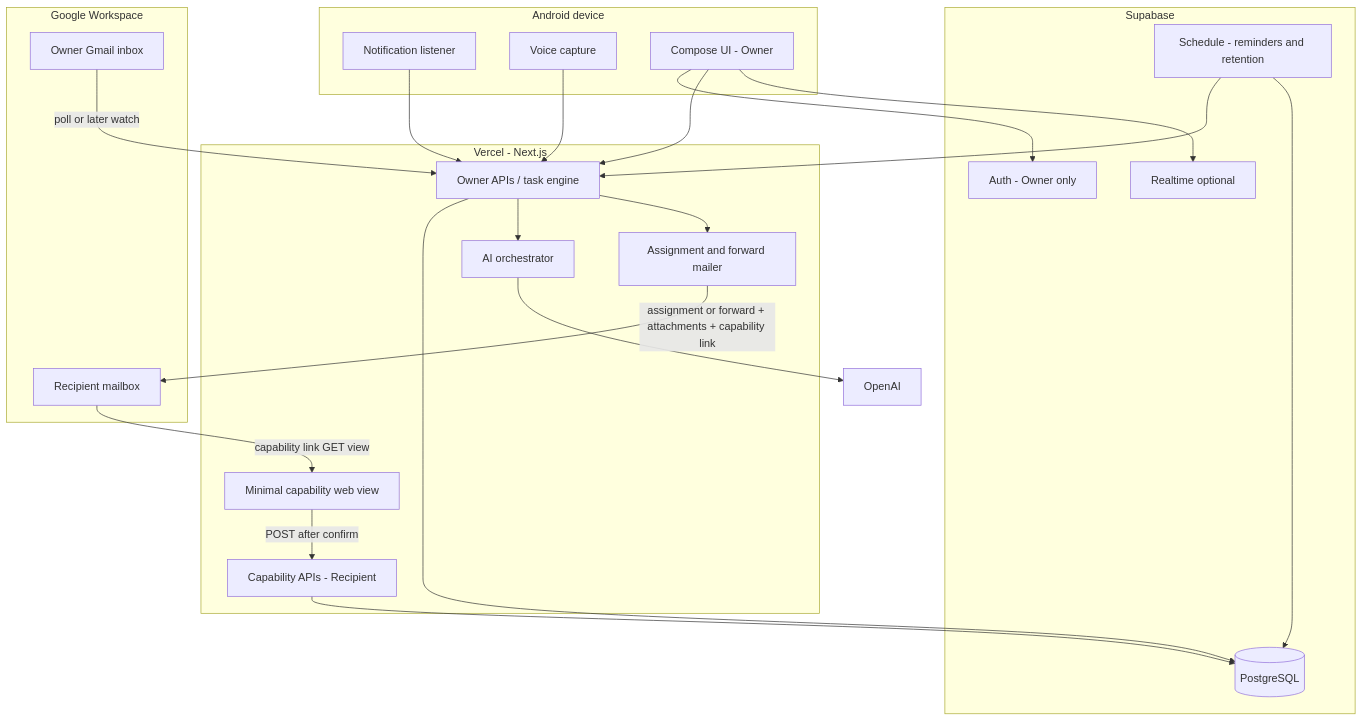
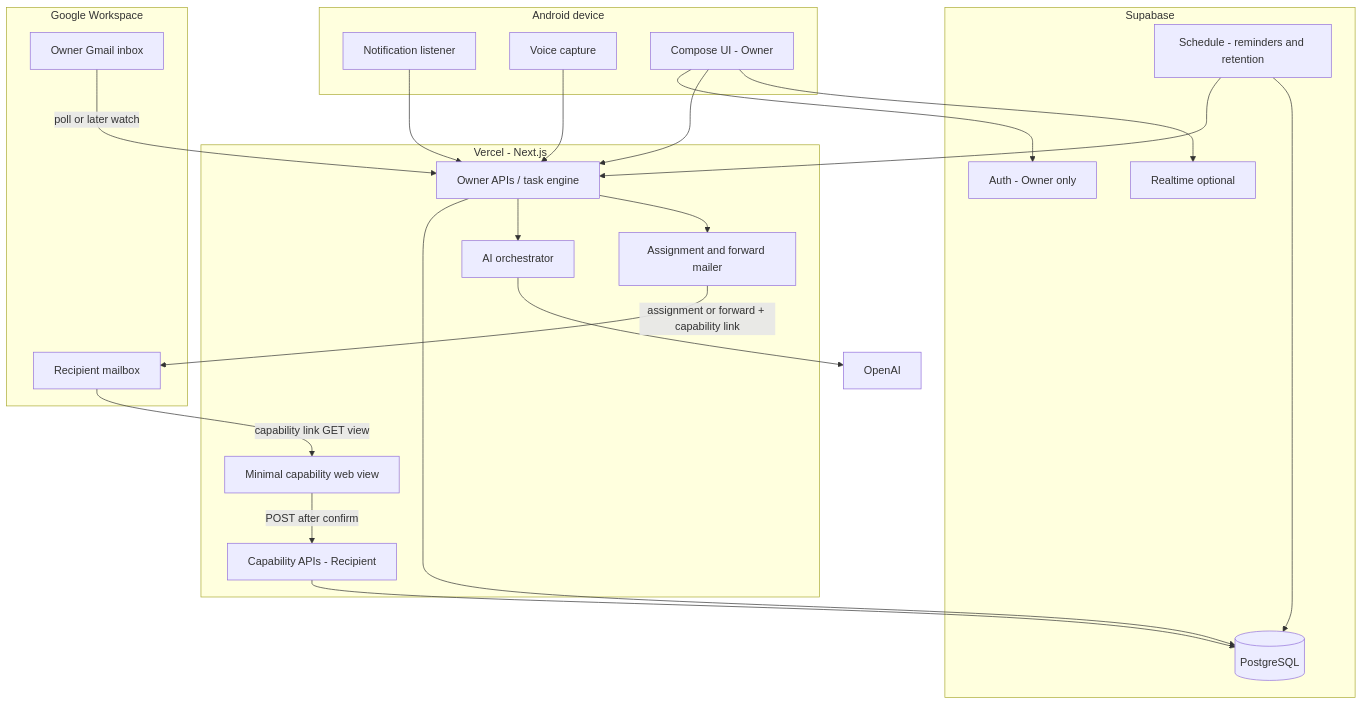
Before and after one commit to clayton-web/rocket-communicator: the diagram in docs/ARCHITECTURE.md, drawn with Mermaid. The commit also changed other lines of this file and 13 other files, not shown here.

Commit message:
docs: consolidate architecture documentation

````diff
--- a/docs/ARCHITECTURE.md
+++ b/docs/ARCHITECTURE.md
@@ -156,48 +72,48 @@
 ```mermaid
 flowchart TB
   subgraph Device["Android device"]
     NL["Notification listener"]
     Voice["Voice capture"]
     AppUI["Compose UI - Owner"]
   end
 
   subgraph Google["Google Workspace"]
     Gmail["Owner Gmail inbox"]
     RecipientMail["Recipient mailbox"]
   end
 
   subgraph Host["Vercel - Next.js"]
     API["Owner APIs / task engine"]
     CapAPI["Capability APIs - Recipient"]
     CapView["Minimal capability web view"]
     AI["AI orchestrator"]
     Mailer["Assignment and forward mailer"]
   end
 
   subgraph Data["Supabase"]
     Auth["Auth - Owner only"]
     DB[("PostgreSQL")]
     RT["Realtime optional"]
     Cron["Schedule - reminders and retention"]
   end
 
   OpenAI["OpenAI"]
 
   NL --> API
   Voice --> API
   AppUI --> Auth
   AppUI --> API
   AppUI --> RT
 
   Gmail -->|poll or later watch| API
   API --> DB
   API --> AI
   AI --> OpenAI
   API --> Mailer
-  Mailer -->|assignment or forward + attachments + capability link| RecipientMail
+  Mailer -->|assignment or forward + capability link| RecipientMail
   RecipientMail -->|capability link GET view| CapView
   CapView -->|POST after confirm| CapAPI
   CapAPI --> DB
   Cron --> API
   Cron --> DB
 ```
````
